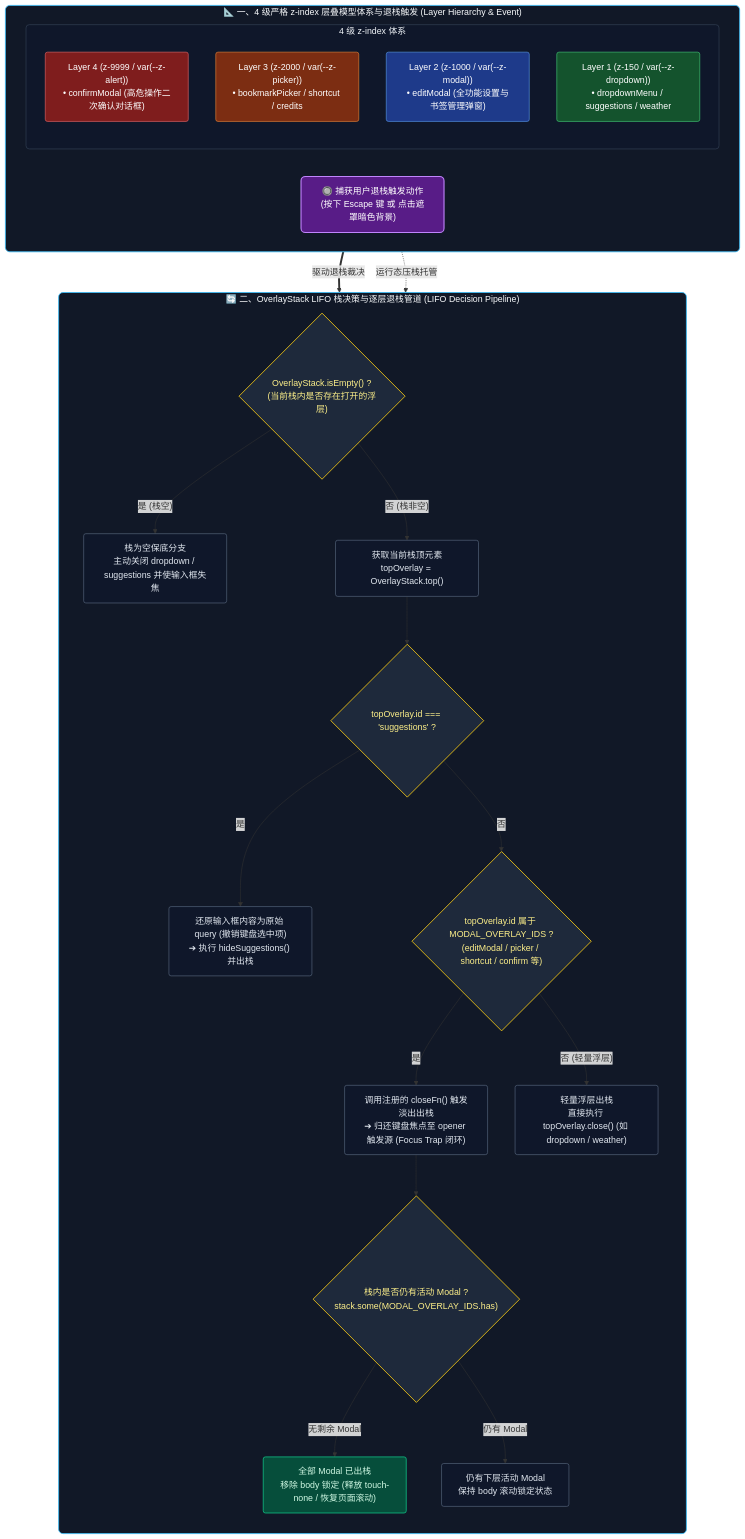
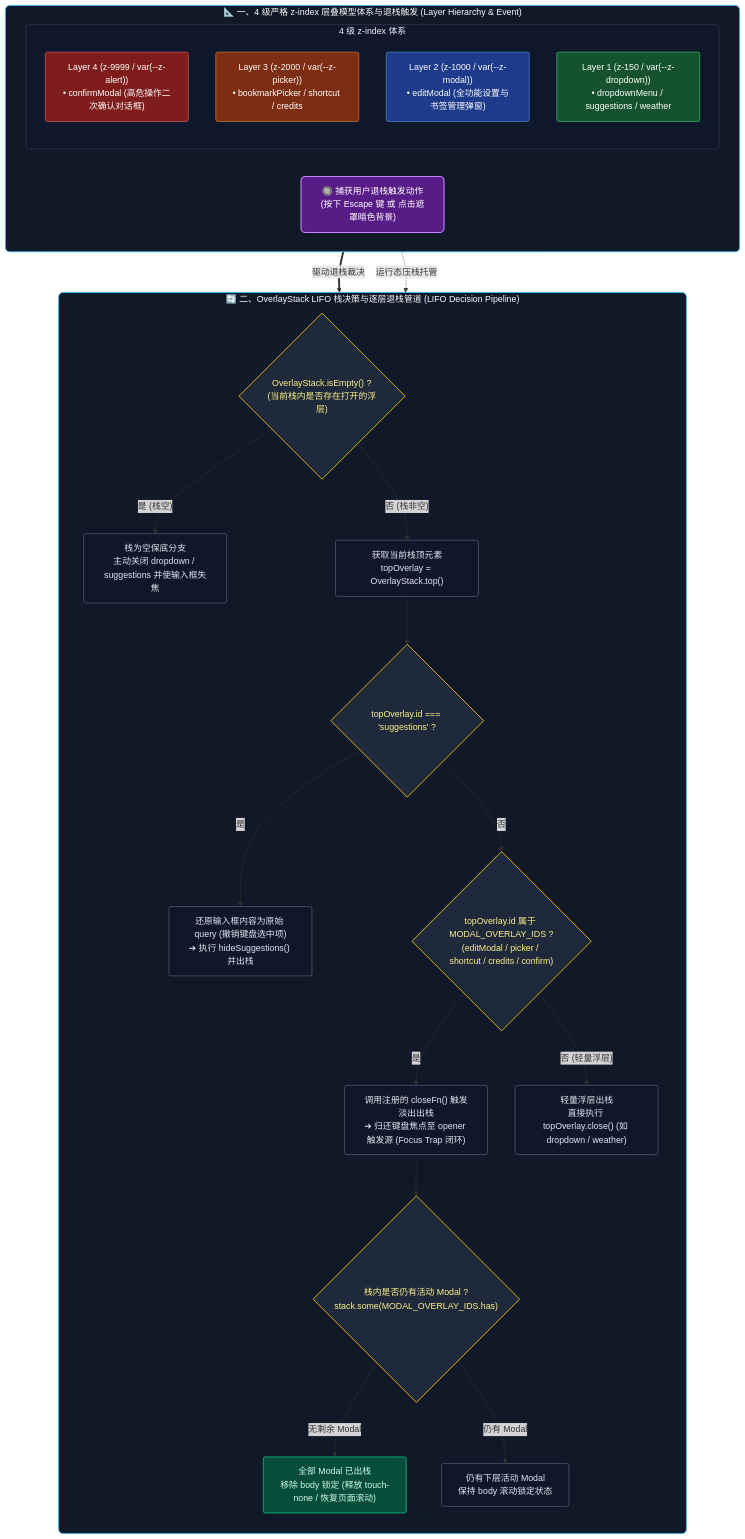
One commit to leosdcn/glass-start changed the third of 5 diagrams in ARCHITECTURE.md. Above: the diagram before and after it, drawn with Mermaid. The commit also changed other lines of this file and 1 other file, not shown here.

````diff
--- a/ARCHITECTURE.md
+++ b/ARCHITECTURE.md
@@ -206,69 +206,69 @@
 ```mermaid
 flowchart TD
     %% ======================= STAGE 1: LAYER HIERARCHY & EVENT =======================
     subgraph S1 [" 📐 一、4 级严格 z-index 层叠模型体系与退栈触发 (Layer Hierarchy & Event) "]
         direction LR
         subgraph Z_INDEX [" 4 级 z-index 体系 "]
             direction TB
             L4["Layer 4 (z-9999 / var(--z-alert))<br/>• confirmModal (高危操作二次确认对话框)"]:::l4
             L3["Layer 3 (z-2000 / var(--z-picker))<br/>• bookmarkPicker / shortcut / credits"]:::l3
             L2["Layer 2 (z-1000 / var(--z-modal))<br/>• editModal (全功能设置与书签管理弹窗)"]:::l2
             L1["Layer 1 (z-150 / var(--z-dropdown))<br/>• dropdownMenu / suggestions / weather"]:::l1
         end
 
         EVT_ENTRY["🔘 捕获用户退栈触发动作<br/>(按下 Escape 键 或 点击遮罩暗色背景)"]:::eventNode
     end
 
     %% ======================= STAGE 2: DECISION TREE =======================
     subgraph S2 [" 🔄 二、OverlayStack LIFO 栈决策与逐层退栈管道 (LIFO Decision Pipeline) "]
         direction TB
         
         STACK_CHECK{"OverlayStack.isEmpty() ?<br/>(当前栈内是否存在打开的浮层)"}:::decisionNode
         NO_STACK["栈为空保底分支<br/>主动关闭 dropdown / suggestions 并使输入框失焦"]:::actionNode
 
         GET_TOP["获取当前栈顶元素<br/>topOverlay = OverlayStack.top()"]:::actionNode
 
         IS_SUGGEST{"topOverlay.id === 'suggestions' ?"}:::decisionNode
         BRANCH_SUGGEST["还原输入框内容为原始 query (撤销键盘选中项)<br/>➔ 执行 hideSuggestions() 并出栈"]:::actionNode
 
-        IS_MODAL{"topOverlay.id 属于 MODAL_OVERLAY_IDS ?<br/>(editModal / picker / shortcut / confirm 等)"}:::decisionNode
+        IS_MODAL{"topOverlay.id 属于 MODAL_OVERLAY_IDS ?<br/>(editModal / picker / shortcut / credits / confirm)"}:::decisionNode
         BRANCH_MODAL["调用注册的 closeFn() 触发淡出出栈<br/>➔ 归还键盘焦点至 opener 触发源 (Focus Trap 闭环)"]:::actionNode
         BRANCH_OTHER["轻量浮层出栈<br/>直接执行 topOverlay.close() (如 dropdown / weather)"]:::actionNode
 
         CHECK_REMAINING{"栈内是否仍有活动 Modal ?<br/>stack.some(MODAL_OVERLAY_IDS.has)"}:::decisionNode
         UNLOCK_BODY["全部 Modal 已出栈<br/>移除 body 锁定 (释放 touch-none / 恢复页面滚动)"]:::successNode
         KEEP_BODY["仍有下层活动 Modal<br/>保持 body 滚动锁定状态"]:::actionNode
 
         STACK_CHECK -- "是 (栈空)" --> NO_STACK
         STACK_CHECK -- "否 (栈非空)" --> GET_TOP --> IS_SUGGEST
 
         IS_SUGGEST -- "是" --> BRANCH_SUGGEST
         IS_SUGGEST -- "否" --> IS_MODAL
 
         IS_MODAL -- "是" --> BRANCH_MODAL --> CHECK_REMAINING
         IS_MODAL -- "否 (轻量浮层)" --> BRANCH_OTHER
 
         CHECK_REMAINING -- "无剩余 Modal" --> UNLOCK_BODY
         CHECK_REMAINING -- "仍有 Modal" --> KEEP_BODY
     end
 
     %% 阶段级联管道
     Z_INDEX -.->|"运行态压栈托管"| STACK_CHECK
     EVT_ENTRY ==>|"驱动退栈裁决"| STACK_CHECK
 
     %% ======================= STYLES =======================
     classDef stageBox fill:#111827,stroke:#38bdf8,stroke-width:1.5px,color:#f8fafc,rx:8px
     classDef subBox fill:#0f172a,stroke:#334155,stroke-width:1.2px,color:#f1f5f9,rx:6px
     classDef eventNode fill:#581c87,stroke:#c084fc,stroke-width:2px,color:#ffffff,rx:8px
     classDef decisionNode fill:#1e293b,stroke:#facc15,stroke-width:1.5px,color:#fef08a,rx:6px
     classDef actionNode fill:#0f172a,stroke:#64748b,stroke-width:1px,color:#e2e8f0,rx:4px
     classDef successNode fill:#064e3b,stroke:#10b981,stroke-width:1.5px,color:#d1fae5,rx:4px
 
     classDef l4 fill:#7f1d1d,stroke:#f87171,stroke-width:1px,color:#ffffff,rx:4px
     classDef l3 fill:#7c2d12,stroke:#fb923c,stroke-width:1px,color:#ffffff,rx:4px
     classDef l2 fill:#1e3a8a,stroke:#60a5fa,stroke-width:1px,color:#ffffff,rx:4px
     classDef l1 fill:#14532d,stroke:#4ade80,stroke-width:1px,color:#ffffff,rx:4px
 
     class S1,S2 stageBox
     class Z_INDEX subBox
 ```
````
